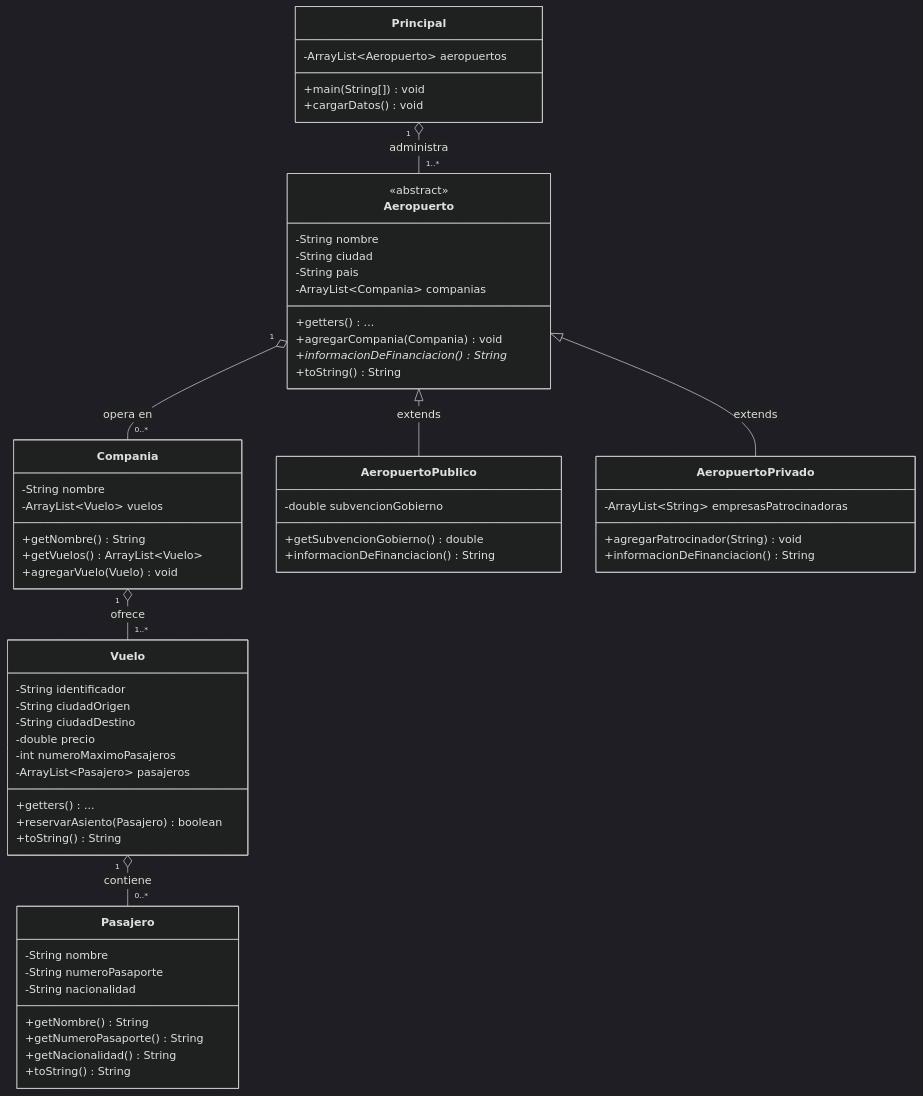
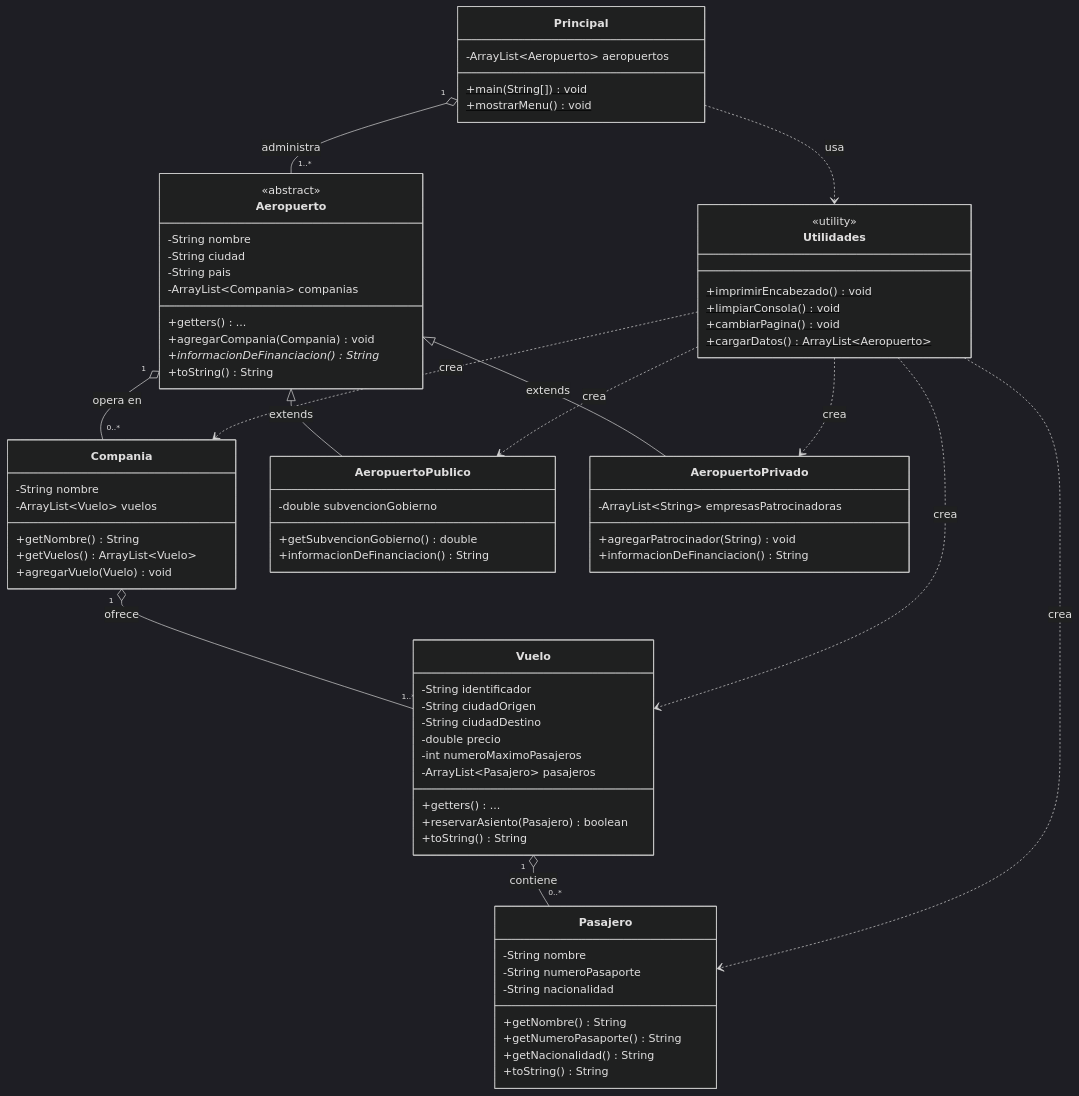
The diagram in diagrama/diagrama_clases.mermaid (MultyPower23/Hernandez_Ciro_ProyectoFinalJava), drawn with Mermaid (dark theme) before and after one commit.

Commit message:
Diagrama completado con utilidades

```diff
--- a/diagrama/diagrama_clases.mermaid
+++ b/diagrama/diagrama_clases.mermaid
@@ -1,75 +1,90 @@
 %% ==============================================================================
 %% GUÍA DE VISUALIZACIÓN:
 %% Para ver este diagrama de clases en VS Code (extensión Mermaid Preview):
 %% 1. Presiona: Ctrl + Shift + P  (o Cmd + Shift + P en macOS)
 %% 2. Escribe y selecciona: Mermaid Preview: Preview Diagram
 %% ==============================================================================
 
 classDiagram
     class Pasajero {
         -String nombre
         -String numeroPasaporte
         -String nacionalidad
         +getNombre() String
         +getNumeroPasaporte() String
         +getNacionalidad() String
         +toString() String
     }
 
     class Vuelo {
         -String identificador
         -String ciudadOrigen
         -String ciudadDestino
         -double precio
         -int numeroMaximoPasajeros
         -ArrayList~Pasajero~ pasajeros
         +getters()...
         +reservarAsiento(Pasajero) boolean
         +toString() String
     }
 
     class Compania {
         -String nombre
         -ArrayList~Vuelo~ vuelos
         +getNombre() String
         +getVuelos() ArrayList~Vuelo~
         +agregarVuelo(Vuelo) void
     }
 
     class Aeropuerto {
         <<abstract>>
         -String nombre
         -String ciudad
         -String pais
         -ArrayList~Compania~ companias
         +getters()...
         +agregarCompania(Compania) void
         +informacionDeFinanciacion() String*
         +toString() String
     }
 
     class AeropuertoPublico {
         -double subvencionGobierno
         +getSubvencionGobierno() double
         +informacionDeFinanciacion() String
     }
 
     class AeropuertoPrivado {
         -ArrayList~String~ empresasPatrocinadoras
         +agregarPatrocinador(String) void
         +informacionDeFinanciacion() String
     }
 
     class Principal {
         -ArrayList~Aeropuerto~ aeropuertos
-        +main(String[]) void
-        +cargarDatos() void
+        +main(String[])$ void
+        +mostrarMenu()$ void
+    }
+
+    class Utilidades {
+        <<utility>>
+        +imprimirEncabezado()$ void
+        +limpiarConsola()$ void
+        +cambiarPagina()$ void
+        +cargarDatos()$ ArrayList~Aeropuerto~
     }
 
     Vuelo "1" o-- "0..*" Pasajero : contiene
     Compania "1" o-- "1..*" Vuelo : ofrece
     Aeropuerto "1" o-- "0..*" Compania : opera en
     Principal "1" o-- "1..*" Aeropuerto : administra
 
     Aeropuerto <|-- AeropuertoPublico : extends
     Aeropuerto <|-- AeropuertoPrivado : extends
+
+    Principal ..> Utilidades : usa
+    Utilidades ..> AeropuertoPublico : crea
+    Utilidades ..> AeropuertoPrivado : crea
+    Utilidades ..> Compania : crea
+    Utilidades ..> Vuelo : crea
+    Utilidades ..> Pasajero : crea
```
